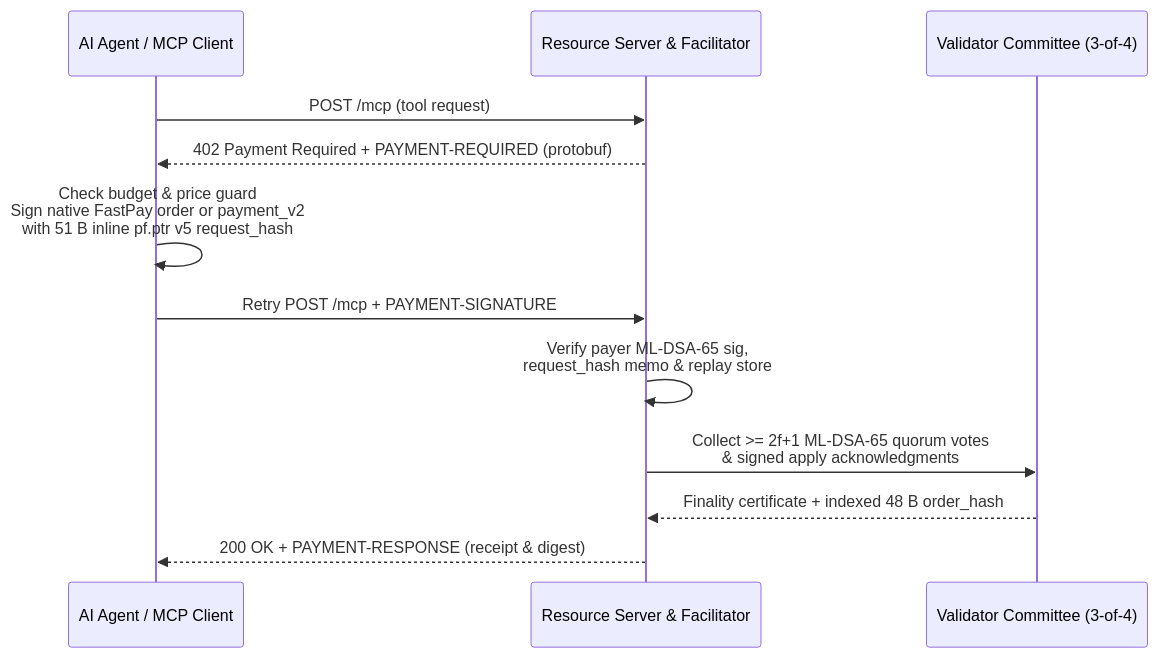
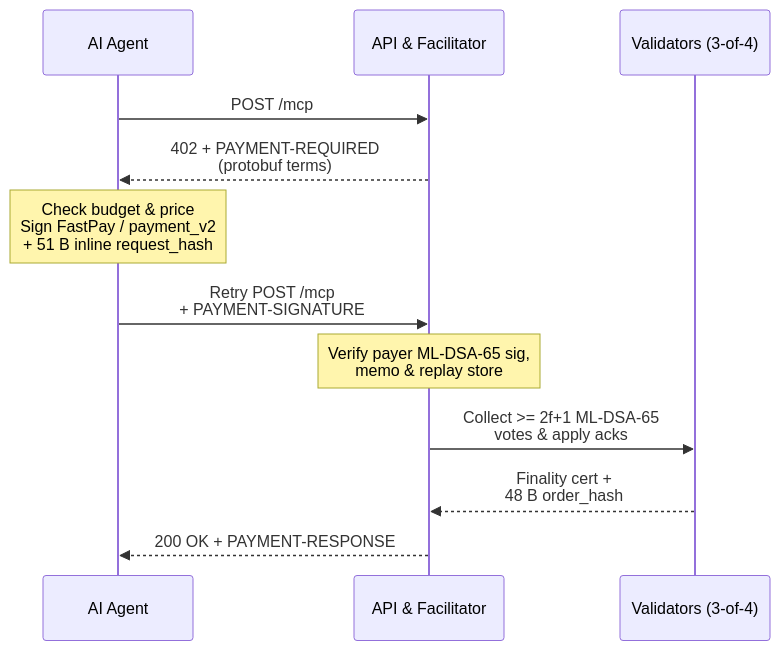
One commit to postfiatorg/postfiatorg.github.io changed the second of 2 diagrams in content/blog/post-quantum-messaging-fastpay-x402.md. Above: the diagram before and after it, drawn with Mermaid. The commit also changed other lines of this file, not shown here.

Commit message:
docs(blog): make Architecture & x402 Mermaid diagrams readable at full width (#71)

````diff
--- a/content/blog/post-quantum-messaging-fastpay-x402.md
+++ b/content/blog/post-quantum-messaging-fastpay-x402.md
@@ -209,15 +204,15 @@
 ```mermaid
 sequenceDiagram
-    participant Agent as AI Agent / MCP Client
-    participant API as Resource Server & Facilitator
-    participant Val as Validator Committee (3-of-4)
+    participant Agent as AI Agent
+    participant API as API & Facilitator
+    participant Val as Validators (3-of-4)
 
-    Agent->>API: POST /mcp (tool request)
-    API-->>Agent: 402 Payment Required + PAYMENT-REQUIRED (protobuf)
-    Agent->>Agent: Check budget & price guard<br/>Sign native FastPay order or payment_v2<br/>with 51 B inline pf.ptr v5 request_hash
-    Agent->>API: Retry POST /mcp + PAYMENT-SIGNATURE
-    API->>API: Verify payer ML-DSA-65 sig,<br/>request_hash memo & replay store
-    API->>Val: Collect >= 2f+1 ML-DSA-65 quorum votes<br/>& signed apply acknowledgments
-    Val-->>API: Finality certificate + indexed 48 B order_hash
-    API-->>Agent: 200 OK + PAYMENT-RESPONSE (receipt & digest)
+    Agent->>API: POST /mcp
+    API-->>Agent: 402 + PAYMENT-REQUIRED<br/>(protobuf terms)
+    Note over Agent: Check budget & price<br/>Sign FastPay / payment_v2<br/>+ 51 B inline request_hash
+    Agent->>API: Retry POST /mcp<br/>+ PAYMENT-SIGNATURE
+    Note over API: Verify payer ML-DSA-65 sig,<br/>memo & replay store
+    API->>Val: Collect >= 2f+1 ML-DSA-65<br/>votes & apply acks
+    Val-->>API: Finality cert +<br/>48 B order_hash
+    API-->>Agent: 200 OK + PAYMENT-RESPONSE
 ```
````
